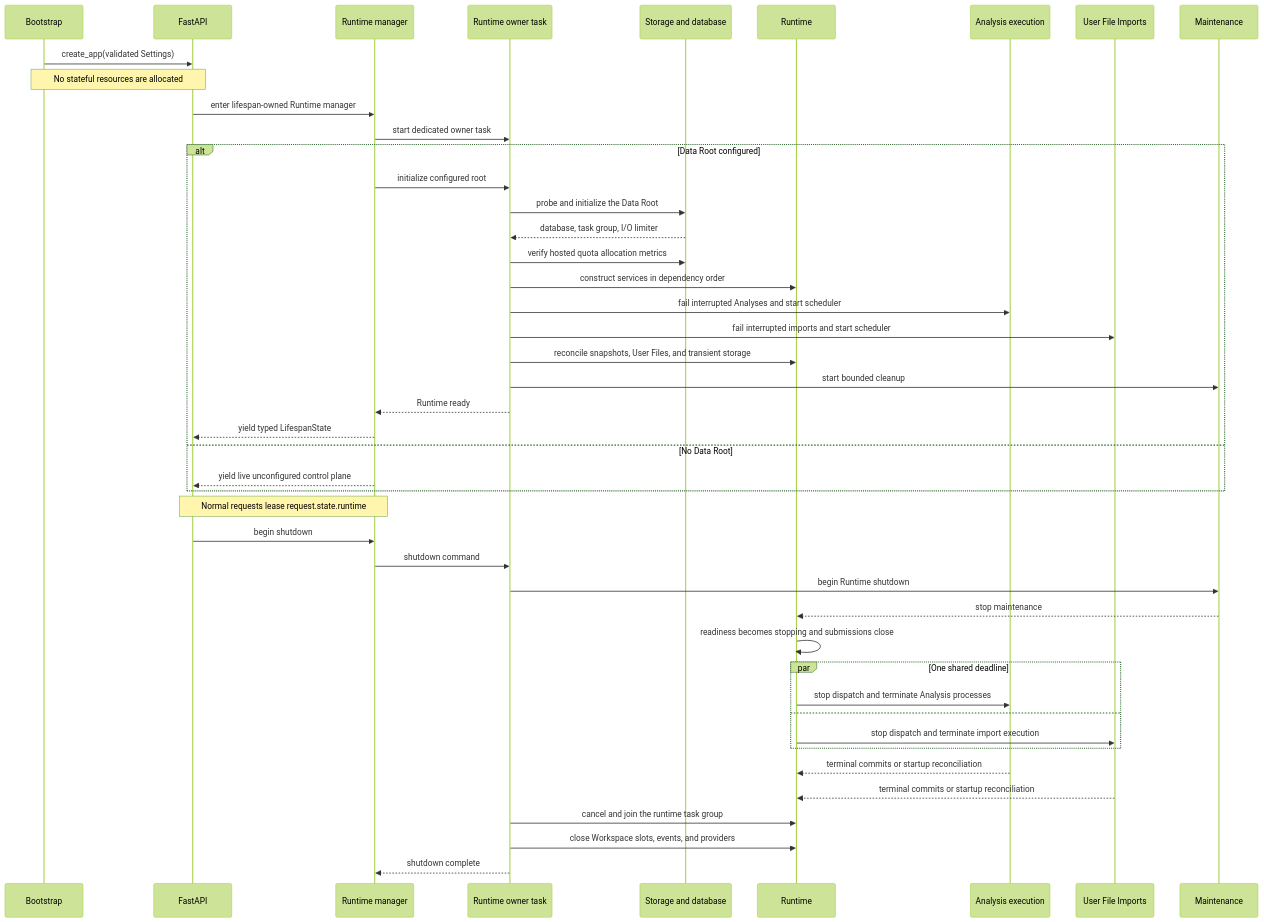
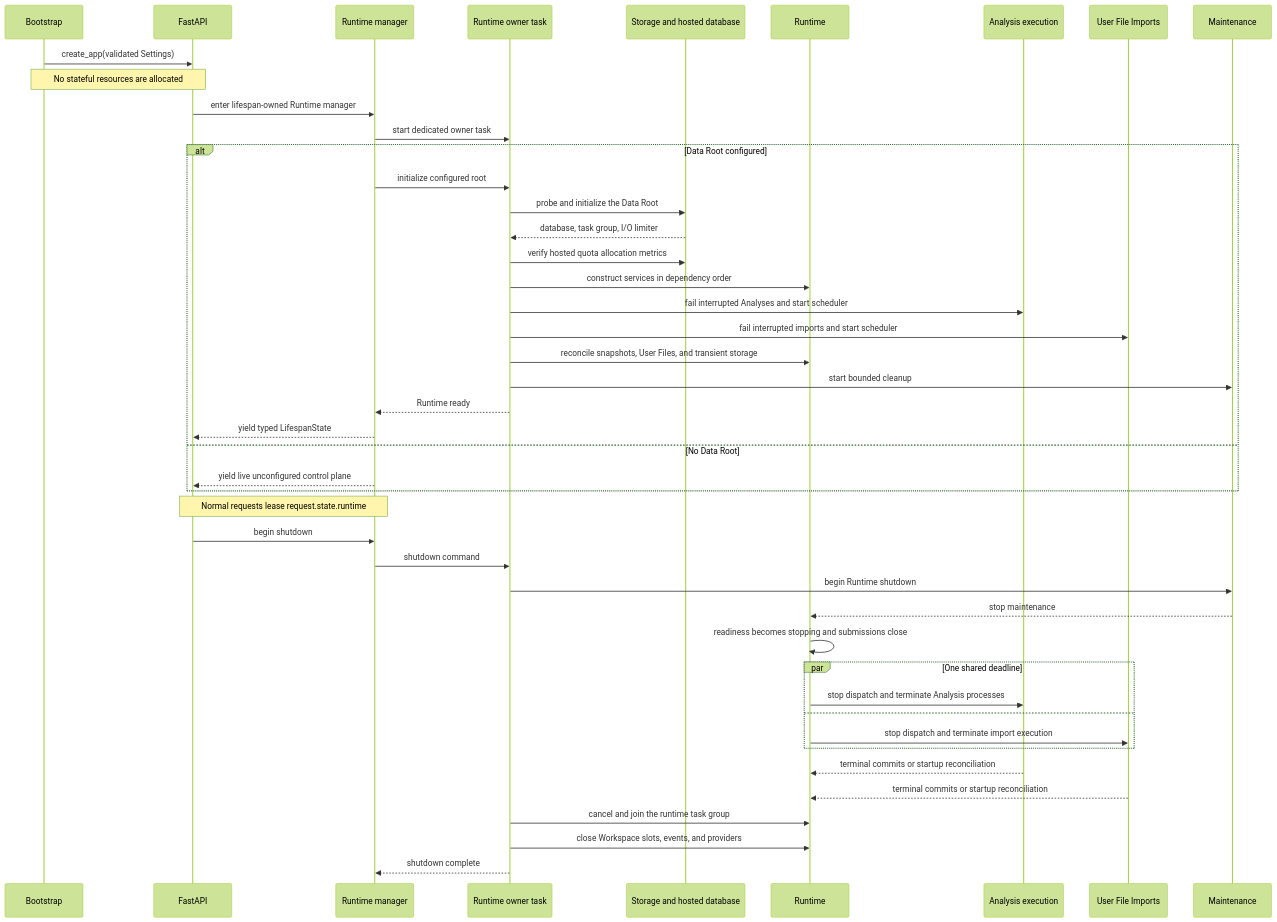
Before and after one commit to Australian-Text-Analytics-Platform/ldaca_web_app: the diagram in docs/architecture/backend/runtime.md, drawn with Mermaid (forest theme). The commit also changed other lines of this file and 14 other files, not shown here.

````diff
--- a/docs/architecture/backend/runtime.md
+++ b/docs/architecture/backend/runtime.md
@@ -71,48 +71,48 @@
 ```mermaid
 sequenceDiagram
     participant Bootstrap
     participant FastAPI
     participant Manager as Runtime manager
     participant Owner as Runtime owner task
-    participant Storage as Storage and database
+    participant Storage as Storage and hosted database
     participant Runtime
     participant Analysis as Analysis execution
     participant Imports as User File Imports
     participant Maintenance
 
     Bootstrap->>FastAPI: create_app(validated Settings)
     Note over Bootstrap,FastAPI: No stateful resources are allocated
     FastAPI->>Manager: enter lifespan-owned Runtime manager
     Manager->>Owner: start dedicated owner task
     alt Data Root configured
     Manager->>Owner: initialize configured root
     Owner->>Storage: probe and initialize the Data Root
     Storage-->>Owner: database, task group, I/O limiter
     Owner->>Storage: verify hosted quota allocation metrics
     Owner->>Runtime: construct services in dependency order
     Owner->>Analysis: fail interrupted Analyses and start scheduler
     Owner->>Imports: fail interrupted imports and start scheduler
     Owner->>Runtime: reconcile snapshots, User Files, and transient storage
     Owner->>Maintenance: start bounded cleanup
     Owner-->>Manager: Runtime ready
     Manager-->>FastAPI: yield typed LifespanState
     else No Data Root
     Manager-->>FastAPI: yield live unconfigured control plane
     end
     Note over FastAPI,Manager: Normal requests lease request.state.runtime
     FastAPI->>Manager: begin shutdown
     Manager->>Owner: shutdown command
     Owner->>Maintenance: begin Runtime shutdown
     Maintenance-->>Runtime: stop maintenance
     Runtime->>Runtime: readiness becomes stopping and submissions close
     par One shared deadline
         Runtime->>Analysis: stop dispatch and terminate Analysis processes
     and
         Runtime->>Imports: stop dispatch and terminate import execution
     end
     Analysis-->>Runtime: terminal commits or startup reconciliation
     Imports-->>Runtime: terminal commits or startup reconciliation
     Owner->>Runtime: cancel and join the runtime task group
     Owner->>Runtime: close Workspace slots, events, and providers
     Owner-->>Manager: shutdown complete
 ```
````
